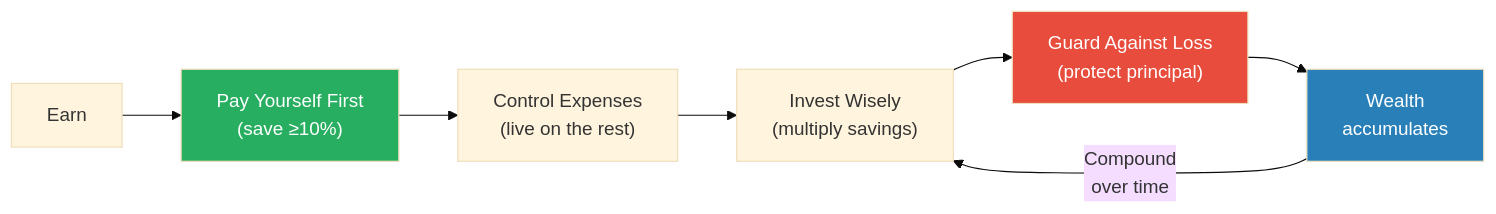
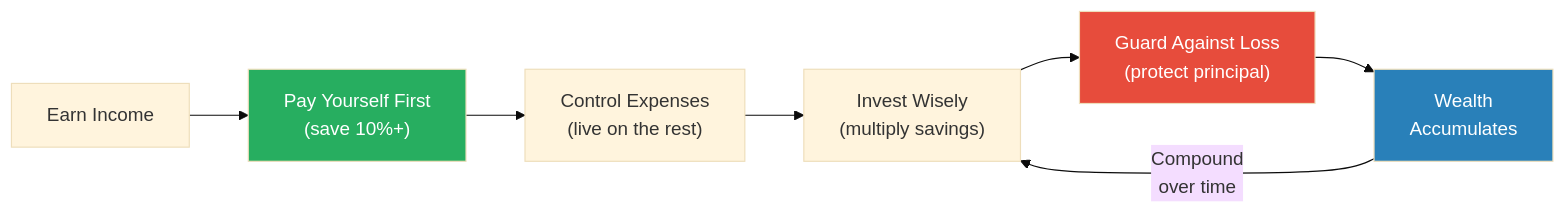
Before and after one commit to alius33/reader: the first of 6 diagrams in summaries/Wisdom & Big Ideas/The Richest Man in Babylon - George C. Clason.md, drawn with Mermaid (base theme). The commit also changed other lines of this file and 272 other files, not shown here.

````diff
--- a/summaries/Wisdom & Big Ideas/The Richest Man in Babylon - George C. Clason.md
+++ b/summaries/Wisdom & Big Ideas/The Richest Man in Babylon - George C. Clason.md
@@ -35,12 +49,12 @@
 ```mermaid
 flowchart LR
-    A["Earn"] --> B["Pay Yourself First\n(save ≥10%)"]
-    B --> C["Control Expenses\n(live on the rest)"]
-    C --> D["Invest Wisely\n(multiply savings)"]
-    D --> E["Guard Against Loss\n(protect principal)"]
-    E --> F["Wealth\naccumulates"]
-    F -->|"Compound\nover time"| D
+    A["Earn Income"] --> B["Pay Yourself First<br>(save 10%+)"]
+    B --> C["Control Expenses<br>(live on the rest)"]
+    C --> D["Invest Wisely<br>(multiply savings)"]
+    D --> E["Guard Against Loss<br>(protect principal)"]
+    E --> F["Wealth<br>Accumulates"]
+    F -->|"Compound<br>over time"| D
     style B fill:#27ae60,color:#fff
     style E fill:#e74c3c,color:#fff
     style F fill:#2980b9,color:#fff
 ```
````
